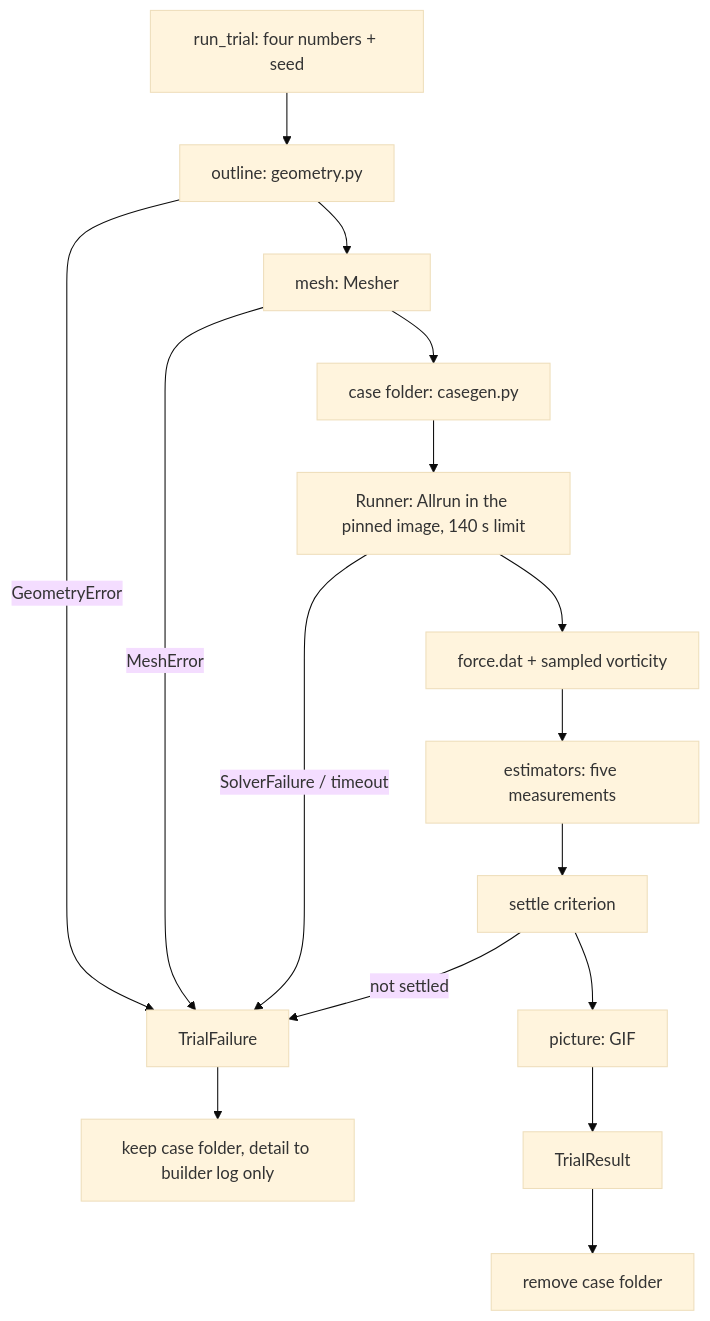
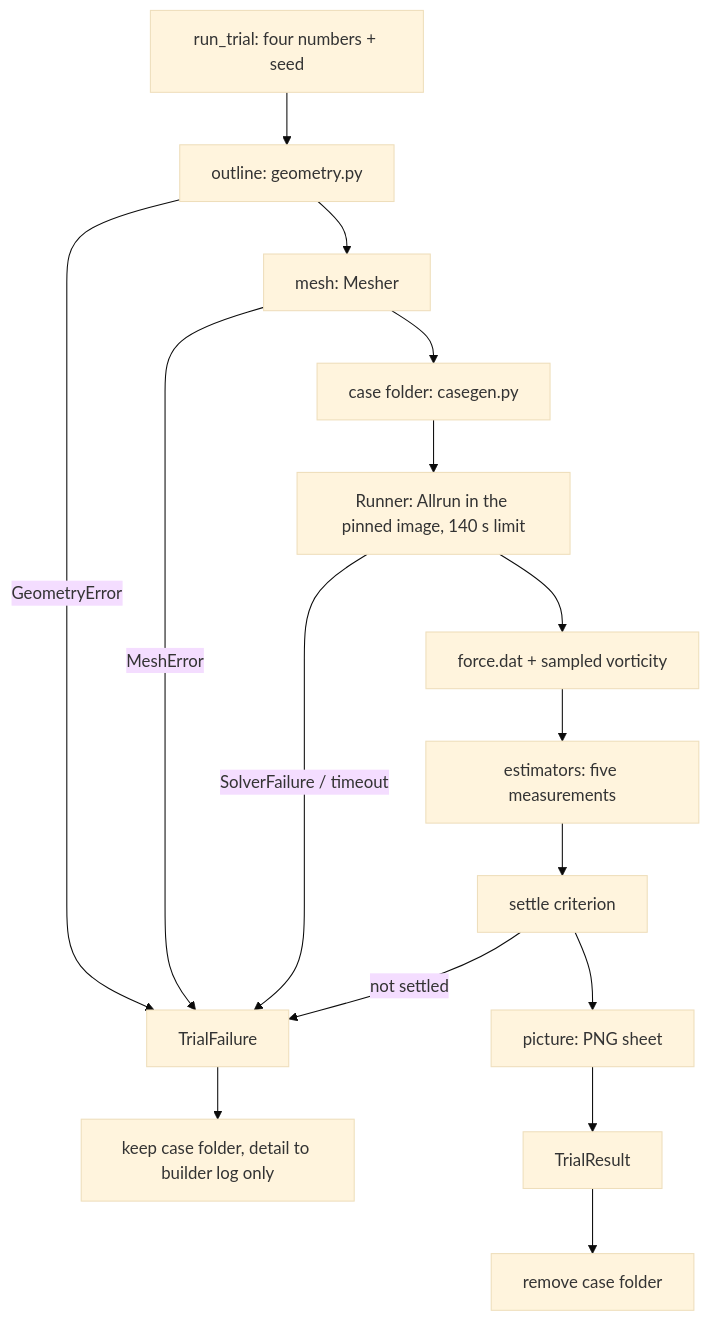
One commit to marcosanyo/dr-kiro-lab-notebook changed the diagram in .kiro/specs/wind-tunnel/design.md. Above: the diagram before and after it, drawn with Mermaid (base theme). The commit also changed other lines of this file and 6 other files, not shown here.

Commit message:
wind-tunnel spec: replace animated GIF with one PNG picture sheet; builder-run sheet reading check

````diff
--- a/.kiro/specs/wind-tunnel/design.md
+++ b/.kiro/specs/wind-tunnel/design.md
@@ -84,18 +84,18 @@
 ```mermaid
 flowchart TD
     A[run_trial: four numbers + seed] --> B[outline: geometry.py]
     B -->|GeometryError| F[TrialFailure]
     B --> C[mesh: Mesher]
     C -->|MeshError| F
     C --> D[case folder: casegen.py]
     D --> E[Runner: Allrun in the pinned image, 140 s limit]
     E -->|SolverFailure / timeout| F
     E --> G[force.dat + sampled vorticity]
     G --> H[estimators: five measurements]
     H --> I[settle criterion]
     I -->|not settled| F
-    I --> J[picture: GIF]
+    I --> J[picture: PNG sheet]
     J --> K[TrialResult]
     F --> L[keep case folder, detail to builder log only]
     K --> M[remove case folder]
 ```
````
